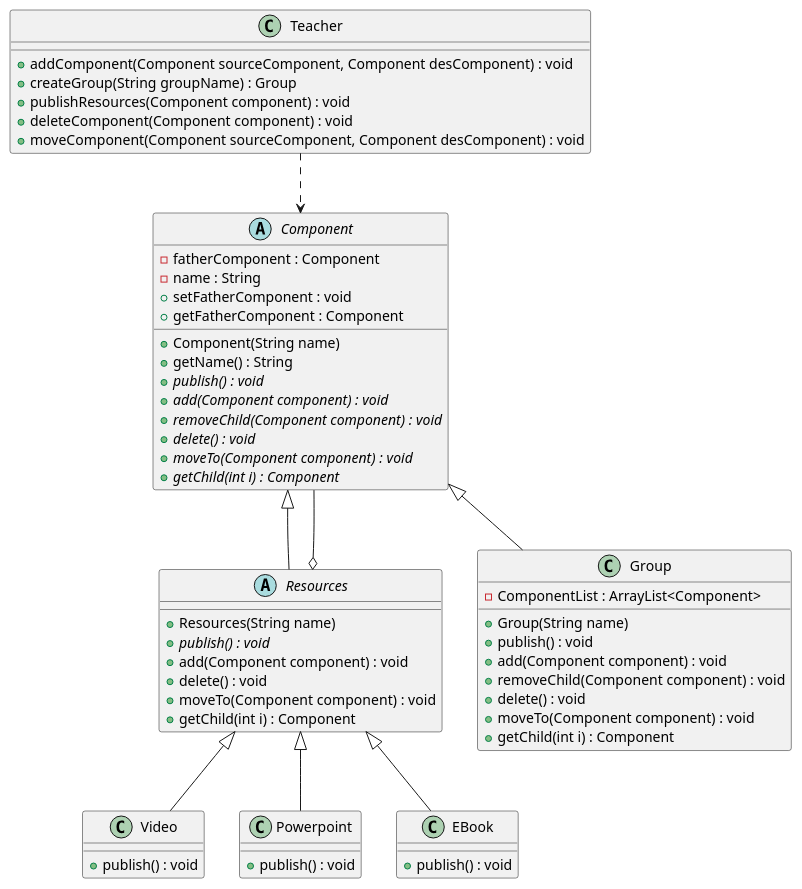
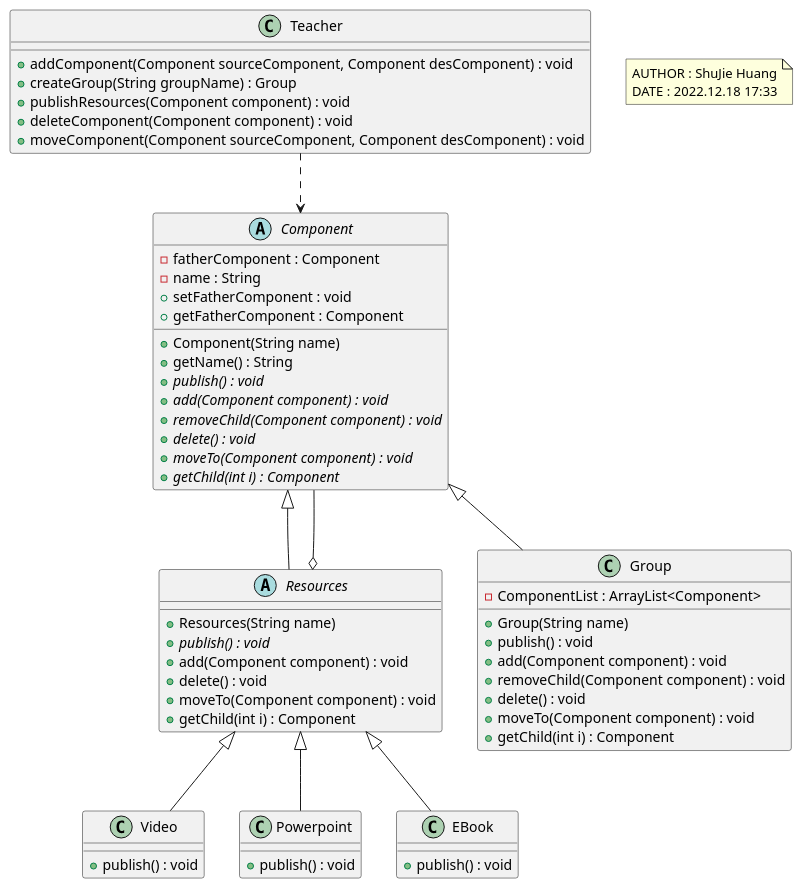
Before and after one commit to Daowaishho/ArchitectureLab2: the diagram in src/main/java/question12/12.puml, drawn with PlantUML. The commit also changed 1 other file, not shown here.

```diff
--- a/src/main/java/question12/12.puml
+++ b/src/main/java/question12/12.puml
@@ -1,68 +1,72 @@
 @startuml
 
 class Teacher {
     + addComponent(Component sourceComponent, Component desComponent) : void
     + createGroup(String groupName) : Group
     + publishResources(Component component) : void
     + deleteComponent(Component component) : void
     + moveComponent(Component sourceComponent, Component desComponent) : void
 }
 
 abstract class Component {
     - fatherComponent : Component
     - name : String
     + Component(String name)
     + getName() : String
     + setFatherComponent : void
     + getFatherComponent : Component
     + {abstract} publish() : void
     + {abstract} add(Component component) : void
     + {abstract} removeChild(Component component) : void
     + {abstract} delete() : void
     + {abstract} moveTo(Component component) : void
     + {abstract} getChild(int i) : Component
 }
 
 abstract class Resources {
     + Resources(String name)
     + {abstract} publish() : void
     + add(Component component) : void
     + delete() : void
     + moveTo(Component component) : void
     + getChild(int i) : Component
 }
 
 class Video {
     + publish() : void
 }
 
 class Powerpoint {
     + publish() : void
 }
 
 class EBook {
     + publish() : void
 }
 
 class Group {
     + Group(String name)
     - ComponentList : ArrayList<Component>
     + publish() : void
     + add(Component component) : void
     + removeChild(Component component) : void
     + delete() : void
     + moveTo(Component component) : void
     + getChild(int i) : Component
 }
 
 Video -up-|> Resources
 Powerpoint -up-|> Resources
 EBook -up-|> Resources
 
 Resources -up-|> Component
 Group -up-|> Component
 Resources o-- Component
 
 Teacher ..> Component
 
+note as annotation
+  AUTHOR : ShuJie Huang
+  DATE : 2022.12.18 17:33
+end note
 @enduml
```
